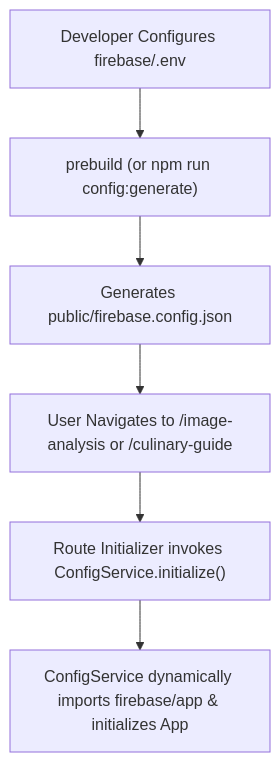
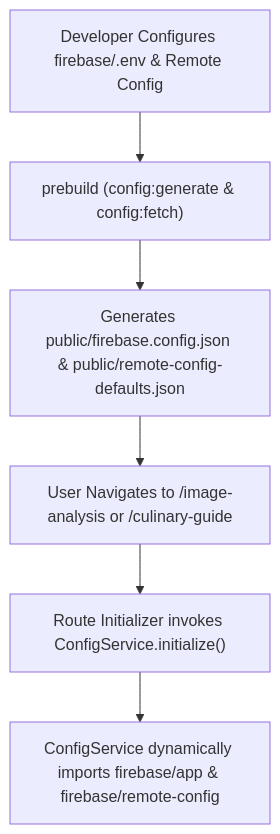
Before and after one commit to railsstudent/ng-firebase-image-analyzer: the diagram in README.md, drawn with Mermaid. The commit also changed other lines of this file, not shown here.

Commit message:
docs: add the instruction to fetch the remote config default values

````diff
--- a/README.md
+++ b/README.md
@@ -125,8 +147,8 @@
 ```mermaid
 graph TD
-    A["Developer Configures firebase/.env"] --> B["prebuild (or npm run config:generate)"]
-    B --> C["Generates public/firebase.config.json"]
+    A["Developer Configures firebase/.env & Remote Config"] --> B["prebuild (config:generate & config:fetch)"]
+    B --> C["Generates public/firebase.config.json & public/remote-config-defaults.json"]
     C --> D["User Navigates to /image-analysis or /culinary-guide"]
     D --> E["Route Initializer invokes ConfigService.initialize()"]
-    E --> F["ConfigService dynamically imports firebase/app & initializes App"]
+    E --> F["ConfigService dynamically imports firebase/app & firebase/remote-config"]
 ```
````
